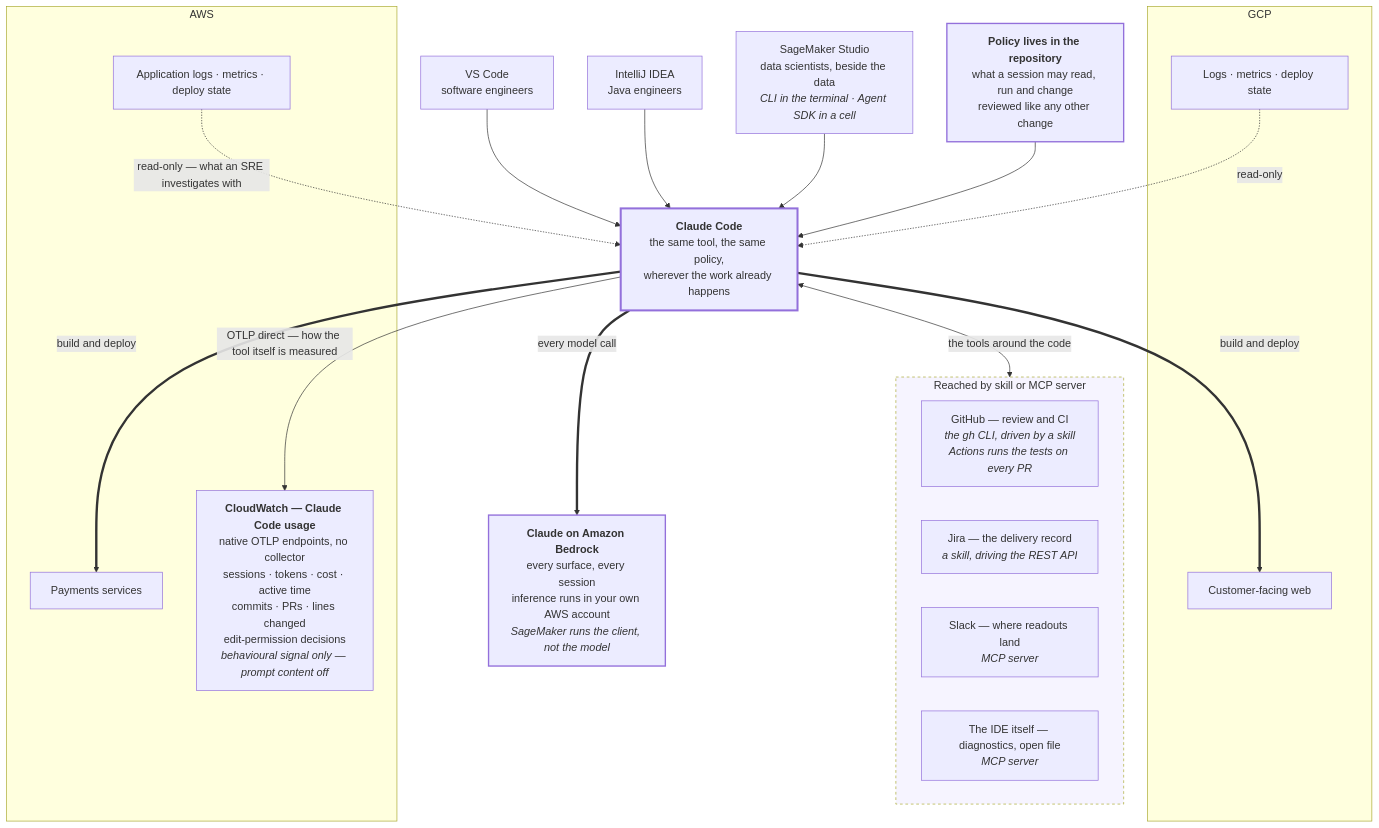
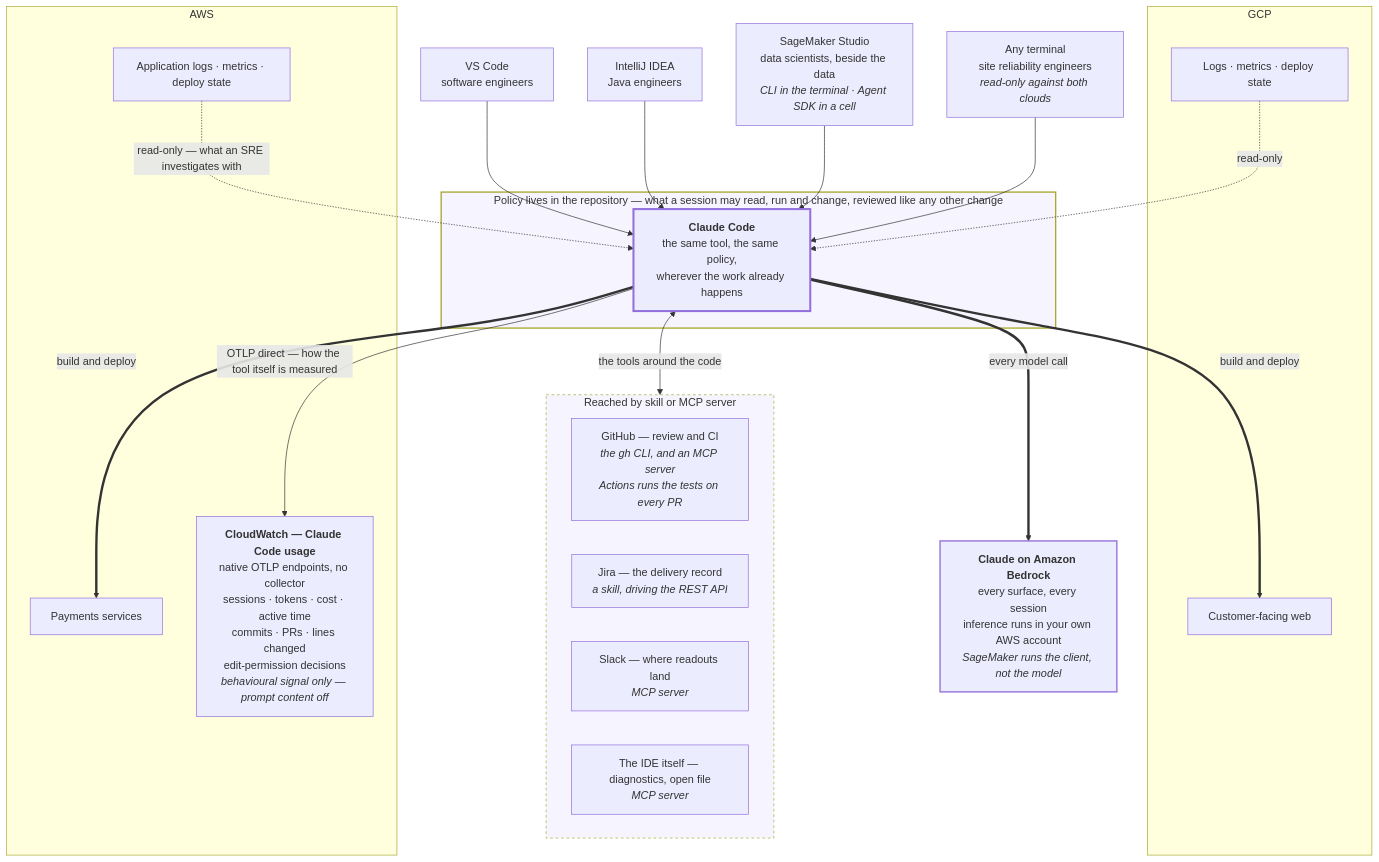
The diagram in src/overview-redacted.mmd (congmingwudi/ft-architecture), drawn with Mermaid before and after one commit. The commit also changed 4 other files, not shown here.

Commit message:
Rebuild architecture page — 2026-08-21

```diff
--- a/src/overview-redacted.mmd
+++ b/src/overview-redacted.mmd
@@ -1,44 +1,48 @@
 flowchart TB
   VSC["VS Code<br/>software engineers"]
   IJ["IntelliJ IDEA<br/>Java engineers"]
   SM["SageMaker Studio<br/>data scientists, beside the data<br/><i>CLI in the terminal · Agent SDK in a cell</i>"]
+  TERM["Any terminal<br/>site reliability engineers<br/><i>read-only against both clouds</i>"]
 
-  CC["<b>Claude Code</b><br/>the same tool, the same policy,<br/>wherever the work already happens"]
+  subgraph GOVERNED["Policy lives in the repository — what a session may read, run and change, reviewed like any other change"]
+    CC["<b>Claude Code</b><br/>the same tool, the same policy,<br/>wherever the work already happens"]
+  end
 
   BR["<b>Claude on Amazon Bedrock</b><br/>every surface, every session<br/>inference runs in your own AWS account<br/><i>SageMaker runs the client, not the model</i>"]
-  POL["<b>Policy lives in the repository</b><br/>what a session may read, run and change<br/>reviewed like any other change"]
+
+  subgraph TOOLING["Reached by skill or MCP server"]
+    GH["GitHub — review and CI<br/><i>the gh CLI, and an MCP server</i><br/><i>Actions runs the tests on every PR</i>"]
+    JIRA["Jira — the delivery record<br/><i>a skill, driving the REST API</i>"]
+    SLACK["Slack — where readouts land<br/><i>MCP server</i>"]
+    IDEMCP["The IDE itself — diagnostics, open file<br/><i>MCP server</i>"]
+  end
 
   subgraph GCP["GCP"]
     GCPAPP["Customer-facing web"]
     GCPOBS["Logs · metrics · deploy state"]
   end
   subgraph AWS["AWS"]
     AWSAPP["Payments services"]
     AWSOBS["Application logs · metrics · deploy state"]
     CWCC["<b>CloudWatch — Claude Code usage</b><br/>native OTLP endpoints, no collector<br/>sessions · tokens · cost · active time<br/>commits · PRs · lines changed<br/>edit-permission decisions<br/><i>behavioural signal only — prompt content off</i>"]
   end
 
   VSC --> CC
   IJ --> CC
   SM --> CC
-  subgraph TOOLING["Reached by skill or MCP server"]
-    GH["GitHub — review and CI<br/><i>the gh CLI, driven by a skill</i><br/><i>Actions runs the tests on every PR</i>"]
-    JIRA["Jira — the delivery record<br/><i>a skill, driving the REST API</i>"]
-    SLACK["Slack — where readouts land<br/><i>MCP server</i>"]
-    IDEMCP["The IDE itself — diagnostics, open file<br/><i>MCP server</i>"]
-  end
+  TERM --> CC
 
-  POL --> CC
   CC <-->|"the tools around the code"| TOOLING
   CC ==>|"every model call"| BR
   CC ==>|"build and deploy"| AWSAPP
   CC ==>|"build and deploy"| GCPAPP
   CC -->|"OTLP direct — how the tool itself is measured"| CWCC
   AWSOBS -.->|"read-only — what an SRE investigates with"| CC
   GCPOBS -.->|"read-only"| CC
 
   style TOOLING fill:#f6f4ff,stroke-dasharray:4
+  style GOVERNED fill:#f6f4ff,stroke-width:2px
   classDef hub stroke-width:3px;
   classDef plane stroke-width:2px;
   class CC hub;
-  class BR,POL plane;
+  class BR plane;
```
